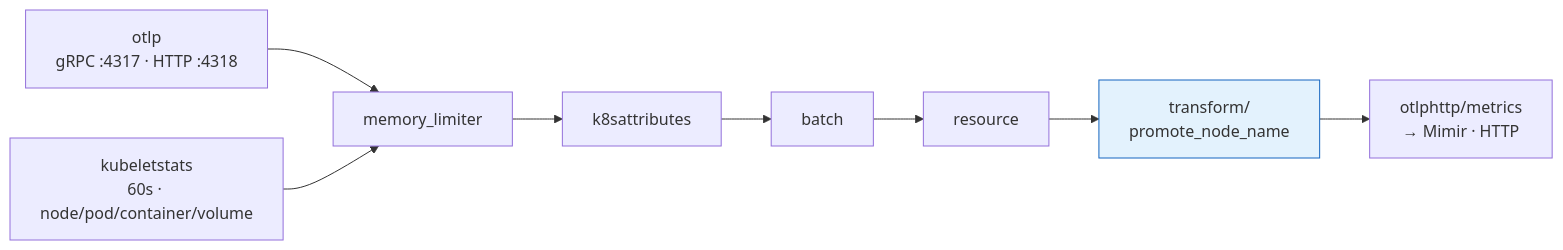
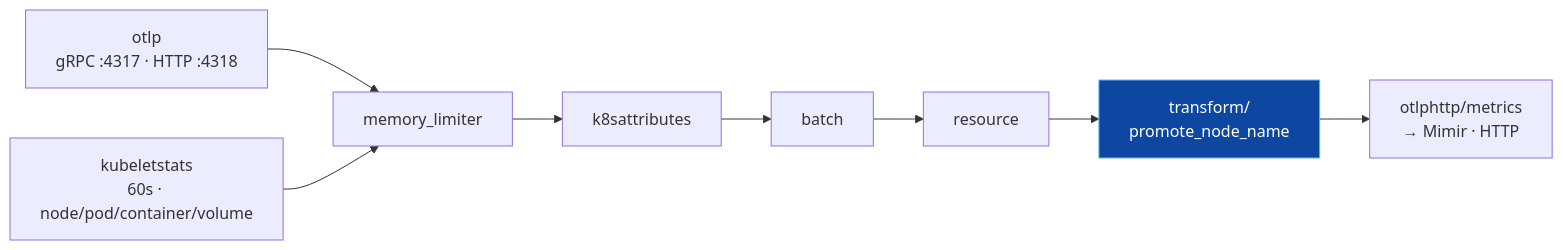
Before and after one commit to bgarcial/olly-platform: the second of 3 diagrams in docs/architecture/diagrams/otel-collector-pipeline.md, drawn with Mermaid. The commit also changed other lines of this file, not shown here.

Commit message:
Refining Otel collector pipeline diagram

````diff
--- a/docs/architecture/diagrams/otel-collector-pipeline.md
+++ b/docs/architecture/diagrams/otel-collector-pipeline.md
@@ -61,15 +61,15 @@
 ```mermaid
 flowchart LR
     R1["otlp<br/>gRPC :4317 · HTTP :4318"]
     R2["kubeletstats<br/>60s · node/pod/container/volume"]
     ML[memory_limiter]
     K[k8sattributes]
     B[batch]
     RS[resource]
     TR["transform/<br/>promote_node_name"]
     EX["otlphttp/metrics<br/>→ Mimir · HTTP"]
 
     R1 & R2 --> ML --> K --> B --> RS --> TR --> EX
 
-    style TR fill:#e3f2fd,stroke:#1565c0
+    style TR fill:#0d47a1,stroke:#64b5f6,color:#fff
 ```
````
